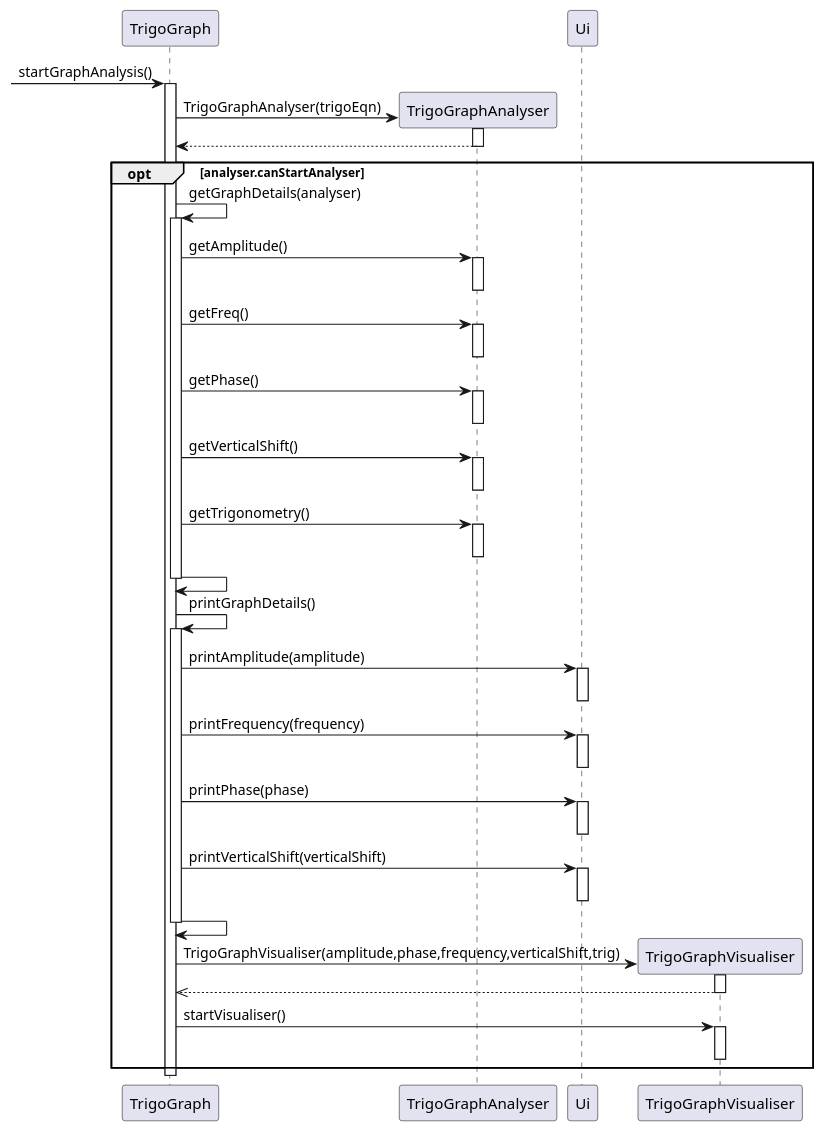
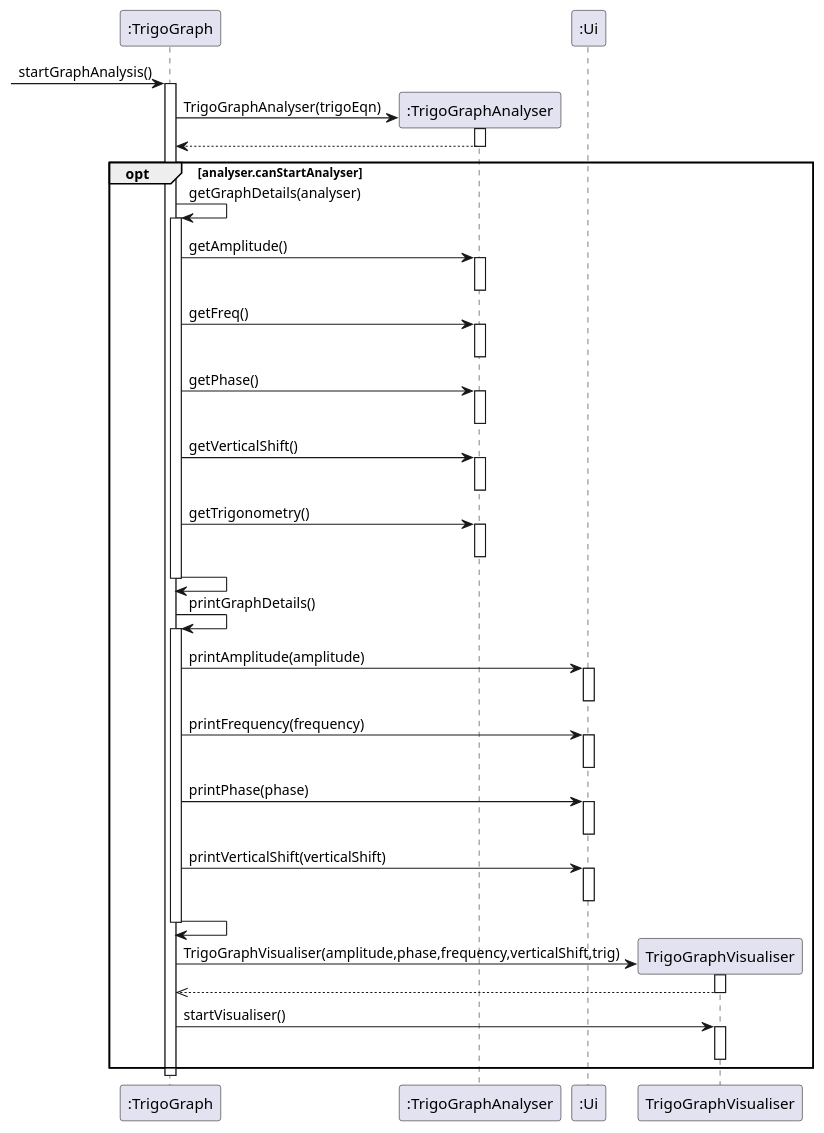
Before and after one commit to nus-cs2113-AY2223S2/tp: the diagram in docs/UmlFiles/TrigoGraph.puml, drawn with PlantUML. The commit also changed 3 other files, not shown here.

Commit message:
Update sequence diagram for graph

```diff
--- a/docs/UmlFiles/TrigoGraph.puml
+++ b/docs/UmlFiles/TrigoGraph.puml
@@ -1,75 +1,75 @@
 @startuml
 
 
-[->TrigoGraph: startGraphAnalysis()
-activate TrigoGraph
+[->":TrigoGraph": startGraphAnalysis()
+activate ":TrigoGraph"
 
-TrigoGraph-> TrigoGraphAnalyser**:TrigoGraphAnalyser(trigoEqn)
+":TrigoGraph"-> ":TrigoGraphAnalyser"**:TrigoGraphAnalyser(trigoEqn)
 
-activate TrigoGraphAnalyser
-TrigoGraphAnalyser --> TrigoGraph
-deactivate TrigoGraphAnalyser
+activate ":TrigoGraphAnalyser"
+":TrigoGraphAnalyser" --> ":TrigoGraph"
+deactivate ":TrigoGraphAnalyser"
 opt analyser.canStartAnalyser
-TrigoGraph -> TrigoGraph :getGraphDetails(analyser)
-activate TrigoGraph
+":TrigoGraph" -> ":TrigoGraph" :getGraphDetails(analyser)
+activate ":TrigoGraph"
 
-TrigoGraph -> TrigoGraphAnalyser: getAmplitude()
-activate TrigoGraphAnalyser
-deactivate TrigoGraphAnalyser
+":TrigoGraph" -> ":TrigoGraphAnalyser": getAmplitude()
+activate ":TrigoGraphAnalyser"
+deactivate ":TrigoGraphAnalyser"
 
-TrigoGraph -> TrigoGraphAnalyser: getFreq()
-activate TrigoGraphAnalyser
-deactivate TrigoGraphAnalyser
+":TrigoGraph" -> ":TrigoGraphAnalyser": getFreq()
+activate ":TrigoGraphAnalyser"
+deactivate ":TrigoGraphAnalyser"
 
-TrigoGraph -> TrigoGraphAnalyser: getPhase()
-activate TrigoGraphAnalyser
-deactivate TrigoGraphAnalyser
+":TrigoGraph" -> ":TrigoGraphAnalyser": getPhase()
+activate ":TrigoGraphAnalyser"
+deactivate ":TrigoGraphAnalyser"
 
-TrigoGraph -> TrigoGraphAnalyser: getVerticalShift()
-activate TrigoGraphAnalyser
-deactivate TrigoGraphAnalyser
+":TrigoGraph" -> ":TrigoGraphAnalyser": getVerticalShift()
+activate ":TrigoGraphAnalyser"
+deactivate ":TrigoGraphAnalyser"
 
-TrigoGraph -> TrigoGraphAnalyser: getTrigonometry()
-activate TrigoGraphAnalyser
-deactivate TrigoGraphAnalyser
+":TrigoGraph" -> ":TrigoGraphAnalyser": getTrigonometry()
+activate ":TrigoGraphAnalyser"
+deactivate ":TrigoGraphAnalyser"
 
-TrigoGraph -> TrigoGraph
-deactivate TrigoGraph
+":TrigoGraph" -> ":TrigoGraph"
+deactivate ":TrigoGraph"
 
-TrigoGraph -> TrigoGraph: printGraphDetails()
-activate TrigoGraph
+":TrigoGraph" -> ":TrigoGraph": printGraphDetails()
+activate ":TrigoGraph"
 
-TrigoGraph -> Ui: printAmplitude(amplitude)
-activate Ui
-deactivate Ui
+":TrigoGraph" -> ":Ui": printAmplitude(amplitude)
+activate ":Ui"
+deactivate ":Ui"
 
-TrigoGraph -> Ui: printFrequency(frequency)
-activate Ui
-deactivate Ui
+":TrigoGraph" -> ":Ui": printFrequency(frequency)
+activate ":Ui"
+deactivate ":Ui"
 
-TrigoGraph -> Ui: printPhase(phase)
-activate Ui
-deactivate Ui
+":TrigoGraph" -> ":Ui": printPhase(phase)
+activate ":Ui"
+deactivate ":Ui"
 
-TrigoGraph -> Ui: printVerticalShift(verticalShift)
-activate Ui
-deactivate Ui
+":TrigoGraph" -> ":Ui": printVerticalShift(verticalShift)
+activate ":Ui"
+deactivate ":Ui"
 
-TrigoGraph -> TrigoGraph
-deactivate TrigoGraph
+":TrigoGraph" -> ":TrigoGraph"
+deactivate ":TrigoGraph"
 
-TrigoGraph -> TrigoGraphVisualiser**: TrigoGraphVisualiser(amplitude,phase,frequency,verticalShift,trig)
+":TrigoGraph" -> TrigoGraphVisualiser**: TrigoGraphVisualiser(amplitude,phase,frequency,verticalShift,trig)
 activate TrigoGraphVisualiser
-TrigoGraphVisualiser -->> TrigoGraph
+TrigoGraphVisualiser -->> ":TrigoGraph"
 deactivate TrigoGraphVisualiser
 
-TrigoGraph -> TrigoGraphVisualiser: startVisualiser()
+":TrigoGraph" -> TrigoGraphVisualiser: startVisualiser()
 activate TrigoGraphVisualiser
 
 deactivate TrigoGraphVisualiser
 end opt
 
 
-deactivate TrigoGraph
+deactivate ":TrigoGraph"
 
 @enduml
```
